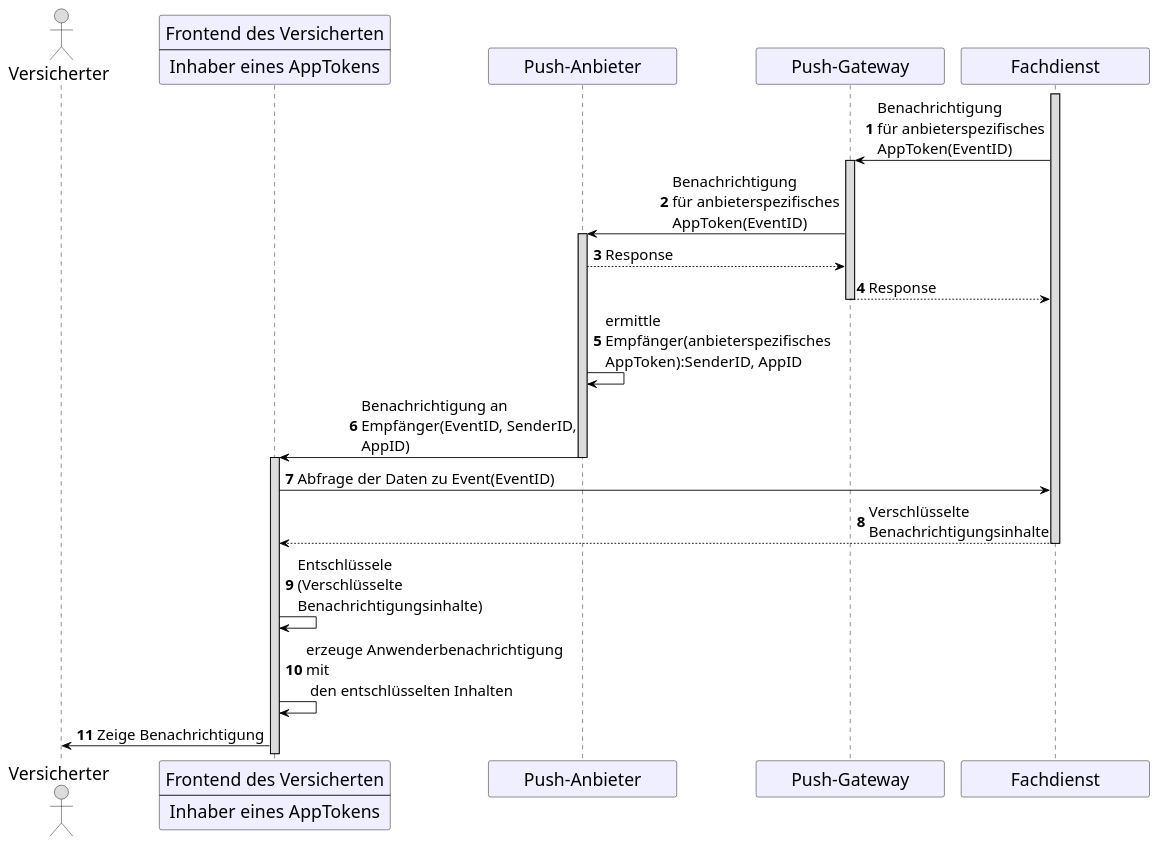
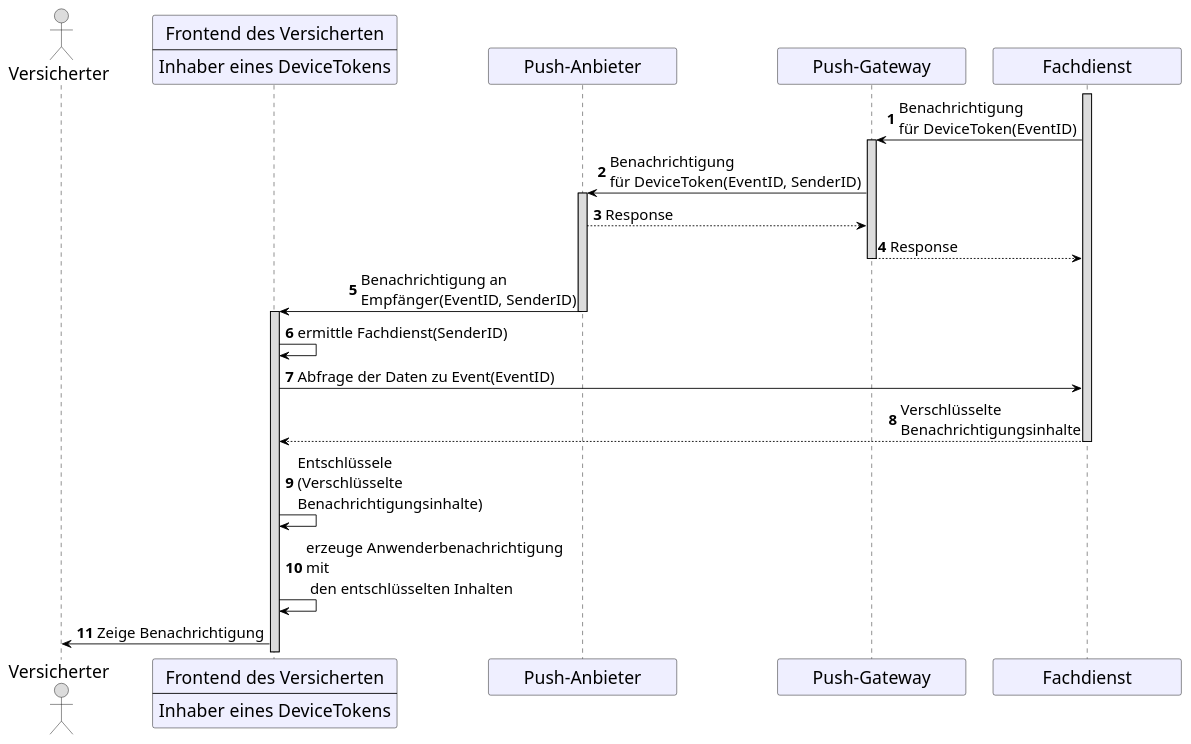
One commit to gematik/api-ti-messenger changed the diagram in src/plantuml/TI-M_ePA/push_notifications_fdv_delivery.puml. Above: the diagram before and after it, drawn with PlantUML. The commit also changed 2 other files, not shown here.

```diff
--- a/src/plantuml/TI-M_ePA/push_notifications_fdv_delivery.puml
+++ b/src/plantuml/TI-M_ePA/push_notifications_fdv_delivery.puml
@@ -1,59 +1,59 @@
 @startuml
 skinparam sequenceMessageAlign direction
 skinparam minClassWidth 200
 skinparam BoxPadding 1
 skinparam sequenceReferenceHeaderBackgroundColor palegreen
 scale max 2048 width
 skinparam maxMessageSize 300
 
 skinparam sequence {
 ArrowColor black
 ArrowFontSize 17
 ActorBorderColor black
 LifeLineBorderColor black
 LifeLineBackgroundColor Gainsboro
 
 ParticipantBorderColor Motivation
 ParticipantBackgroundColor Motivation
 ParticipantFontSize 20
 ParticipantFontColor black
 ParticipantBorderColor Black
 ParticipantBackgroundColor MOTIVATION
 
 ActorBackgroundColor Gainsboro
 ActorFontColor black
 ActorFontSize 20
 }
 
 autonumber
     
     actor v as "Versicherter"
     participant fdv [
       Frontend des Versicherten
       ----
-      Inhaber eines AppTokens
+      Inhaber eines DeviceTokens
     ]
     participant pa as "Push-Anbieter"
     participant pg as "Push-Gateway"
     participant fd as "Fachdienst"
 
 activate fd
-fd->pg: Benachrichtigung \nfür anbieterspezifisches AppToken(EventID)
+fd->pg: Benachrichtigung \nfür DeviceToken(EventID)
 activate pg
-pg->pa: Benachrichtigung \nfür anbieterspezifisches AppToken(EventID)
+pg->pa: Benachrichtigung \nfür DeviceToken(EventID, SenderID)
 activate pa
 pa-->pg: Response
 pg-->fd: Response
 deactivate pg
-pa->pa: ermittle Empfänger(anbieterspezifisches AppToken):SenderID, AppID
-pa->fdv: Benachrichtigung an Empfänger(EventID, SenderID, AppID)
+pa->fdv: Benachrichtigung an Empfänger(EventID, SenderID)
 deactivate pa
 activate fdv
+fdv->fdv: ermittle Fachdienst(SenderID)
 fdv->fd: Abfrage der Daten zu Event(EventID)
 fd-->fdv: Verschlüsselte Benachrichtigungsinhalte
 deactivate fd
 fdv->fdv:Entschlüssele \n(Verschlüsselte Benachrichtigungsinhalte)
 fdv->fdv:erzeuge Anwenderbenachrichtigung mit\n den entschlüsselten Inhalten
 fdv->v:Zeige Benachrichtigung
 
 @enduml
```
